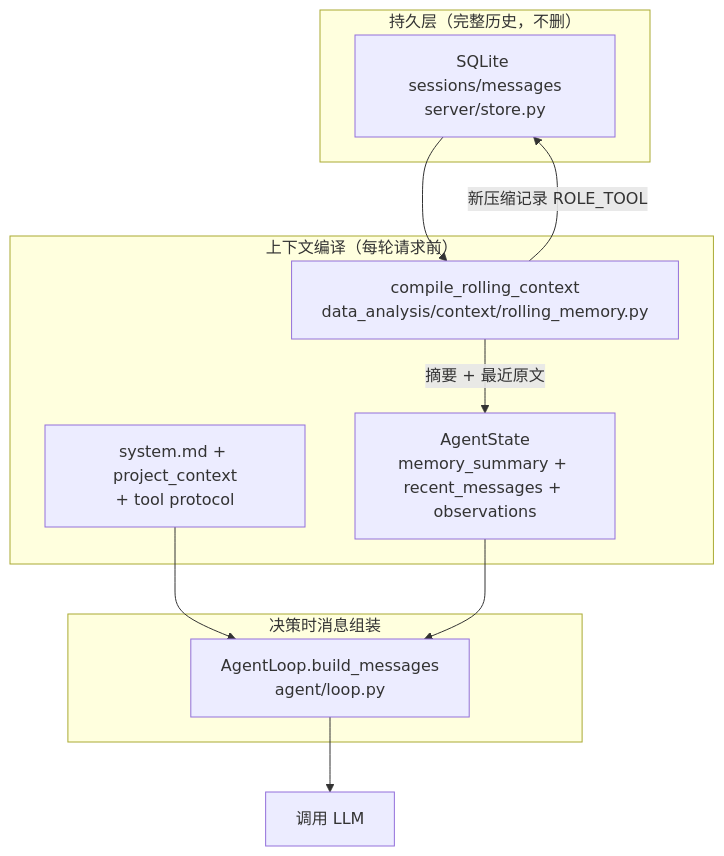
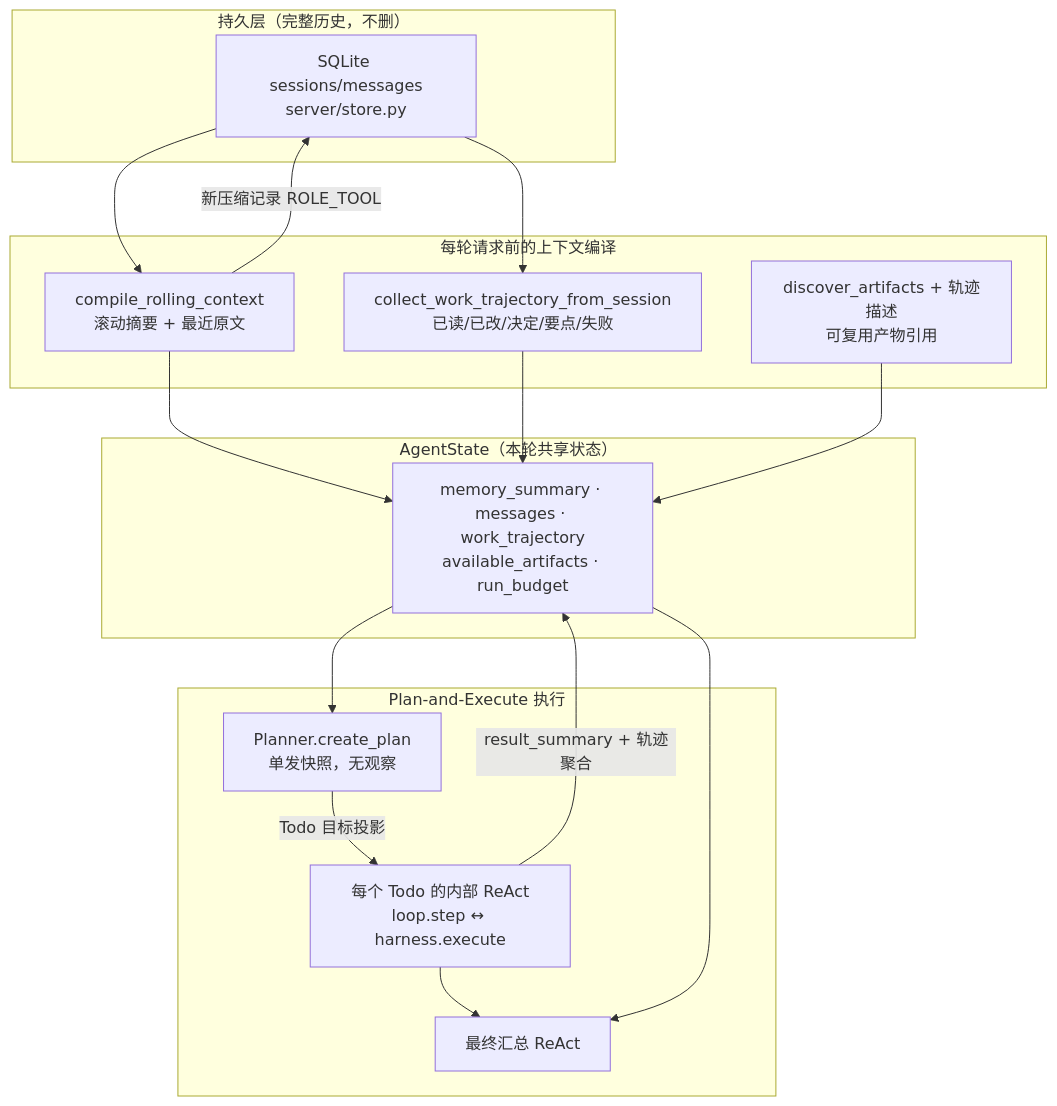
The diagram in docs/Project.md (ht-spark/DAAgent), drawn with Mermaid before and after one commit. The commit also changed other lines of this file and 47 other files, not shown here.

````diff
--- a/docs/Project.md
+++ b/docs/Project.md
@@ -14,23 +14,32 @@
 ```mermaid
 flowchart TB
     subgraph Persist["持久层（完整历史，不删）"]
         DB["SQLite sessions/messages<br/>server/store.py"]
     end
 
-    subgraph Compile["上下文编译（每轮请求前）"]
-        RM["compile_rolling_context<br/>data_analysis/context/rolling_memory.py"]
-        ST["system.md + project_context<br/>+ tool protocol"]
-        SEC["AgentState<br/>memory_summary + recent_messages + observations"]
+    subgraph Compile["每轮请求前的上下文编译"]
+        RM["compile_rolling_context<br/>滚动摘要 + 最近原文"]
+        WT["collect_work_trajectory_from_session<br/>已读/已改/决定/要点/失败"]
+        AR["discover_artifacts + 轨迹描述<br/>可复用产物引用"]
     end
 
-    subgraph Decision["决策时消息组装"]
-        LM["AgentLoop.build_messages<br/>agent/loop.py"]
+    subgraph State["AgentState（本轮共享状态）"]
+        ST["memory_summary · messages · work_trajectory<br/>available_artifacts · run_budget"]
     end
 
-    DB --> RM
-    RM -->|"摘要 + 最近原文"| SEC
+    subgraph Run["Plan-and-Execute 执行"]
+        PL["Planner.create_plan<br/>单发快照，无观察"]
+        TD["每个 Todo 的内部 ReAct<br/>loop.step ↔ harness.execute"]
+        FI["最终汇总 ReAct"]
+    end
+
+    DB --> RM --> ST
+    DB --> WT --> ST
+    AR --> ST
     RM -->|"新压缩记录 ROLE_TOOL"| DB
-    ST --> LM
-    SEC --> LM
-    LM --> LLM["调用 LLM"]
+    ST --> PL
+    PL -->|"Todo 目标投影"| TD
+    TD -->|"result_summary + 轨迹聚合"| ST
+    TD --> FI
+    ST --> FI
 ```
````
